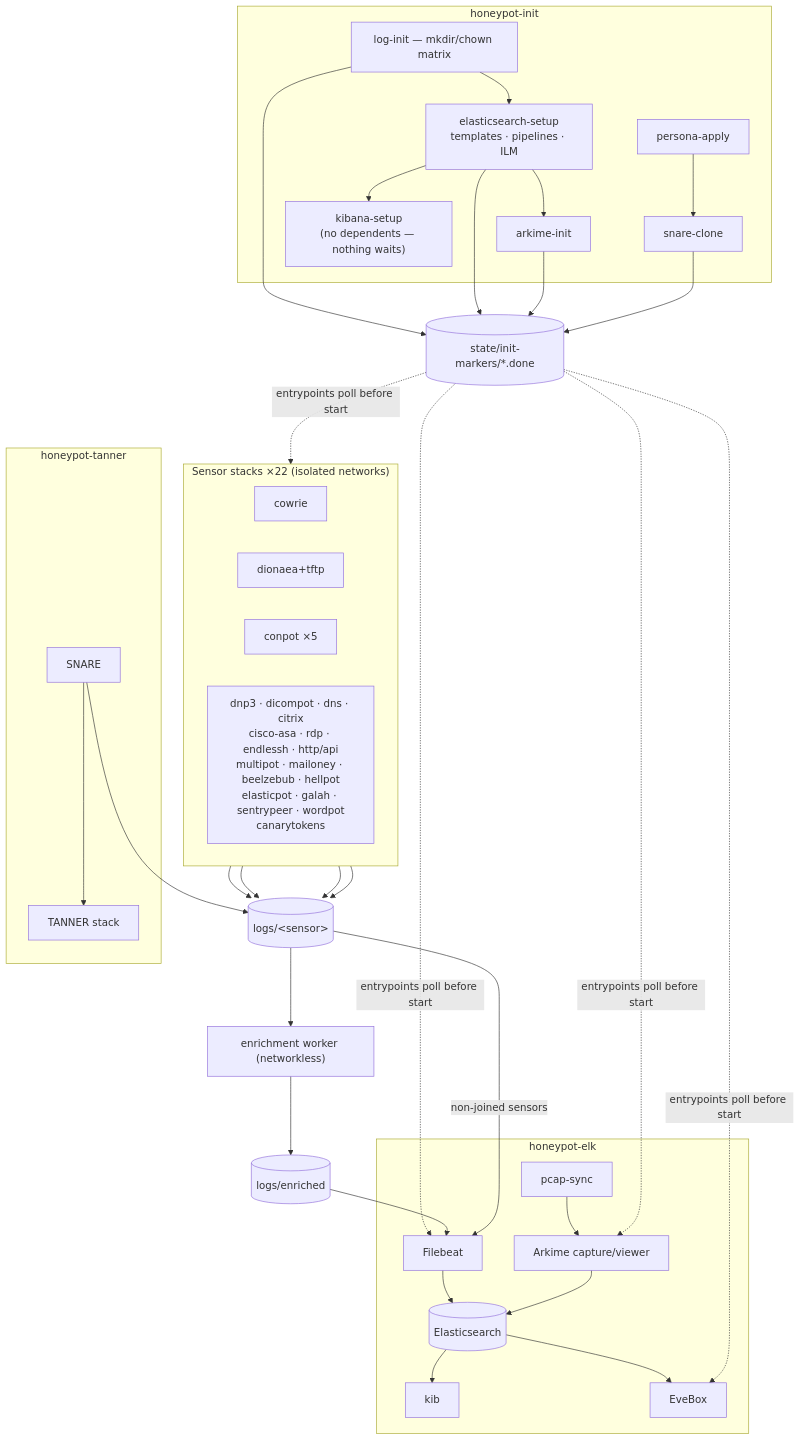
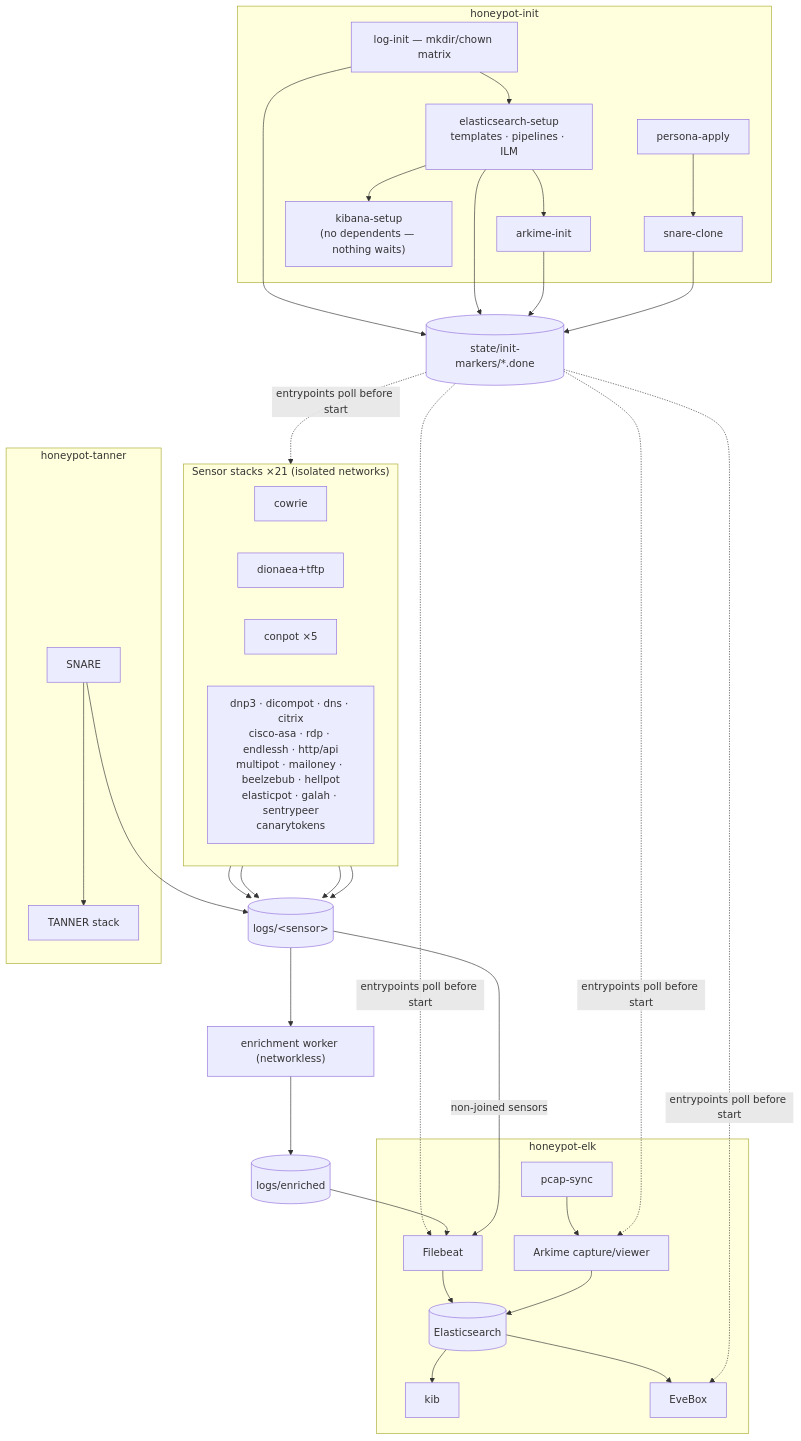
One commit to Xore/APIARY changed the third of 4 diagrams in docs/ARCHITECTURE.md. Above: the diagram before and after it, drawn with Mermaid. The commit also changed 6 other files, not shown here.

````diff
--- a/docs/ARCHITECTURE.md
+++ b/docs/ARCHITECTURE.md
@@ -170,35 +170,35 @@
 ```mermaid
 flowchart TB
   subgraph hi["honeypot-init"]
     loginit["log-init — mkdir/chown matrix"] --> esinit["elasticsearch-setup<br/>templates · pipelines · ILM"]
     esinit --> arkinit["arkime-init"] & kibanainit["kibana-setup<br/>(no dependents — nothing waits)"]
     persona["persona-apply"] --> snareclone["snare-clone"]
   end
   markers[("state/init-markers/*.done")]
   loginit & esinit & arkinit & snareclone --> markers
 
-  subgraph sg["Sensor stacks ×22 (isolated networks)"]
+  subgraph sg["Sensor stacks ×21 (isolated networks)"]
     direction LR
-    cow["cowrie"] & dion["dionaea+tftp"] & conp["conpot ×5"] & rest["dnp3 · dicompot · dns · citrix<br/>cisco-asa · rdp · endlessh · http/api<br/>multipot · mailoney · beelzebub · hellpot<br/>elasticpot · galah · sentrypeer · wordpot<br/>canarytokens"]
+    cow["cowrie"] & dion["dionaea+tftp"] & conp["conpot ×5"] & rest["dnp3 · dicompot · dns · citrix<br/>cisco-asa · rdp · endlessh · http/api<br/>multipot · mailoney · beelzebub · hellpot<br/>elasticpot · galah · sentrypeer<br/>canarytokens"]
   end
 
   logsT[("logs/&lt;sensor&gt;")]
   enrichW["enrichment worker (networkless)"] --> enrichedT[("logs/enriched")]
   logsT --> enrichW
 
   subgraph elkS["honeypot-elk"]
     fbeat["Filebeat"] --> esc[("Elasticsearch")]
     esc --> kib & eve["EveBox"]
     pcapSync["pcap-sync"] --> arkC["Arkime capture/viewer"] --> esc
   end
 
   subgraph tn["honeypot-tanner"]
     snareN["SNARE"] --> tanN["TANNER stack"]
   end
 
   markers -.->|"entrypoints poll before start"| sg & fbeat & eve & arkC
   cow & dion & conp & rest --> logsT
   enrichedT --> fbeat
   logsT -->|"non-joined sensors"| fbeat
   snareN --> logsT
 ```
````
